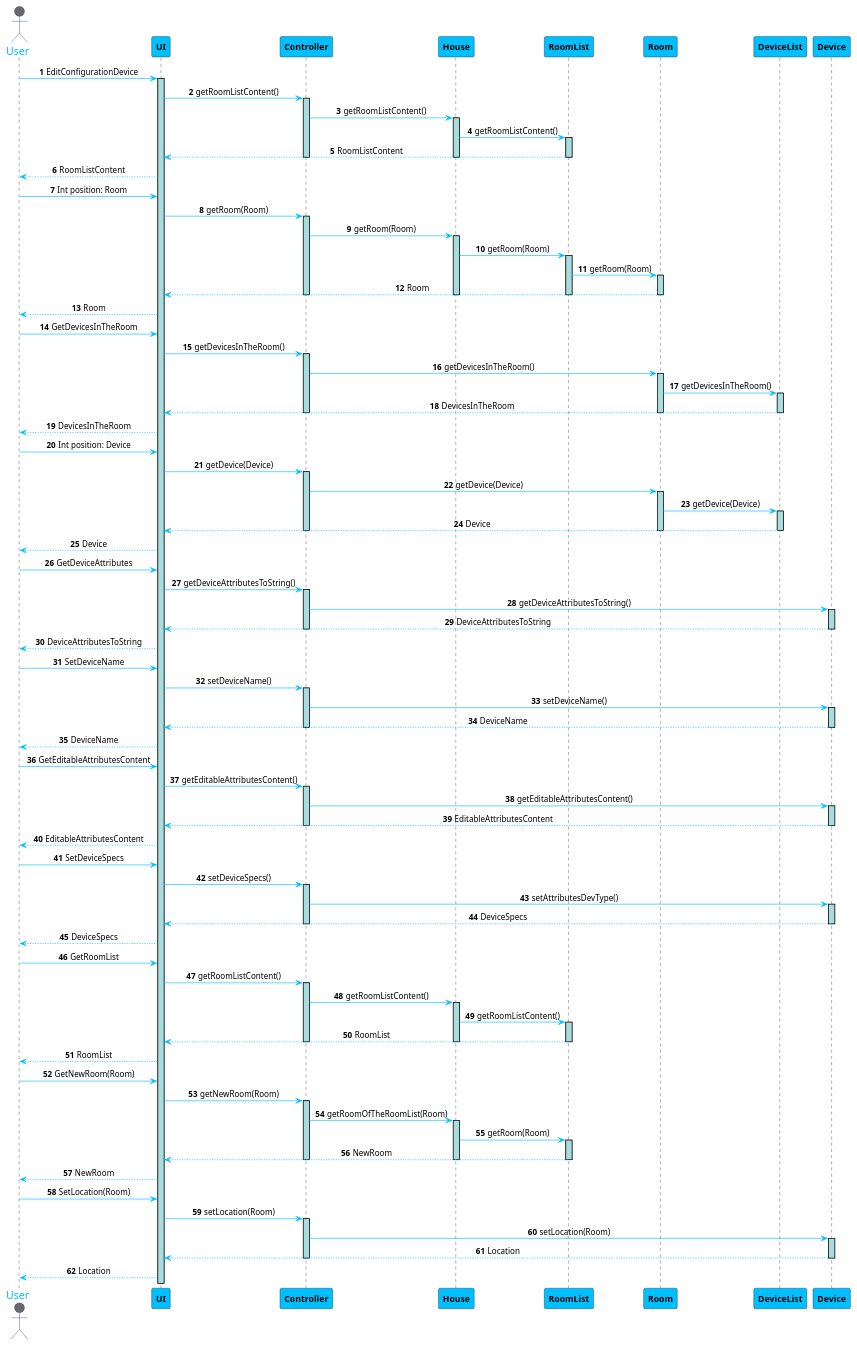
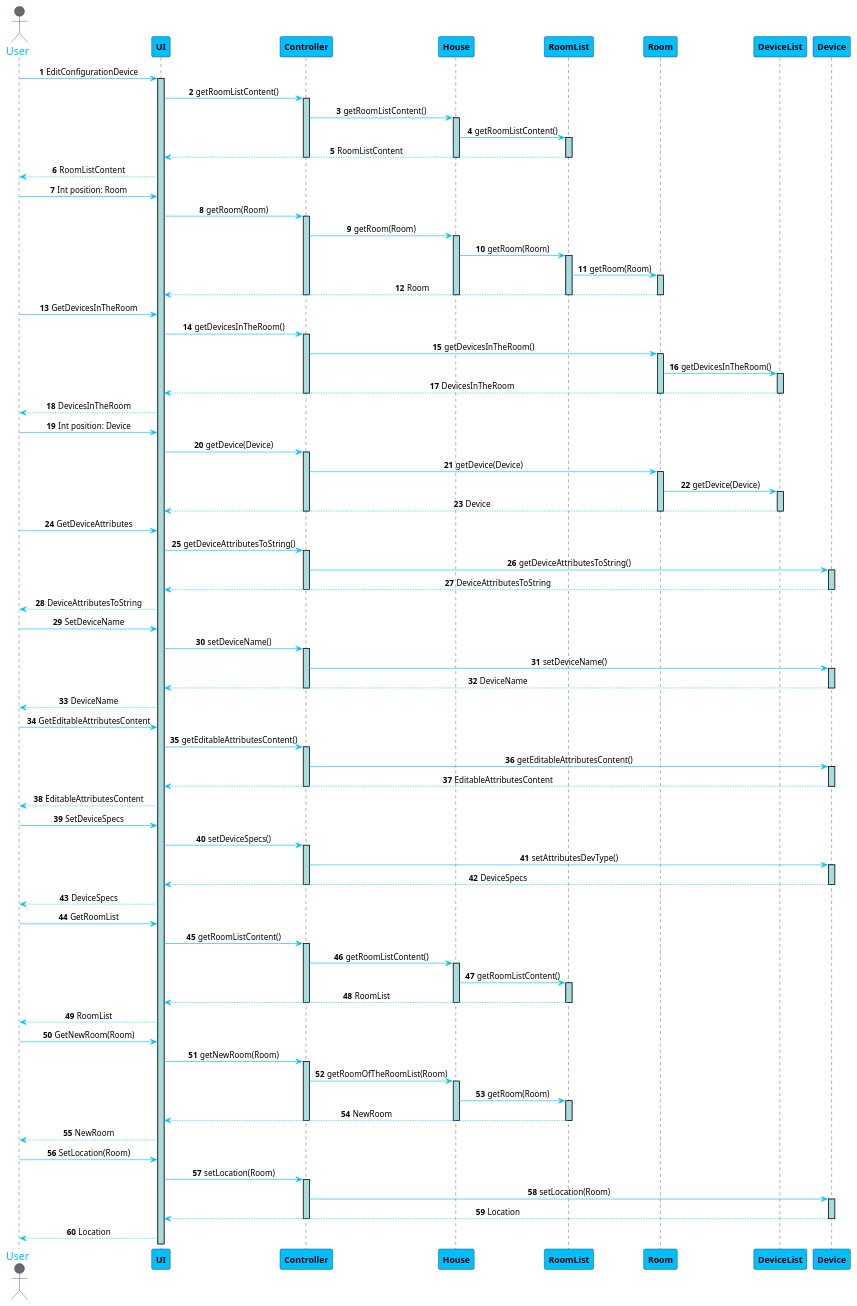
Before and after one commit to 1181687/hateoasToy: the diagram in src/Docs/Sprint2/EditConfigurationDevice.puml, drawn with PlantUML. The commit also changed 1 other file, not shown here.

Commit message:
Changes on sequence diagrams: EditConfigurationDevice and GetListOfSensorsRoom

```diff
--- a/src/Docs/Sprint2/EditConfigurationDevice.puml
+++ b/src/Docs/Sprint2/EditConfigurationDevice.puml
@@ -1,154 +1,152 @@
 @startuml
 skinparam sequenceMessageAlign center
 skinparam sequence {
 	ArrowColor DeepSkyBlue
 	ActorBorderColor DarkBlue
 	LifeLineBorderColor black
 	LifeLineBackgroundColor #A9DCDF
 
 	ParticipantBorderColor Black
 	ParticipantBackgroundColor DeepSkyBlue
 	ParticipantFontStyle Bold
 
 	ActorBackgroundColor DimGrey
 	ActorFontColor DeepSkyBlue
 	ActorFontSize 17
 	ActorFontName Aapex
 }
 
 autonumber
 actor User
 User -> UI: EditConfigurationDevice
 activate UI
 UI -> Controller: getRoomListContent()
 activate Controller
 Controller -> House: getRoomListContent()
 activate House
 House -> RoomList: getRoomListContent()
 activate RoomList
 UI <-- RoomList: RoomListContent
 deactivate RoomList
 deactivate House
 deactivate Controller
 User <-- UI: RoomListContent
 
 User -> UI: Int position: Room
 UI -> Controller: getRoom(Room)
 activate Controller
 Controller -> House: getRoom(Room)
 activate House
 House -> RoomList: getRoom(Room)
 activate RoomList
 RoomList -> Room: getRoom(Room)
 activate Room
 UI <-- Room: Room
 deactivate Room
 deactivate RoomList
 deactivate House
 deactivate Controller
-User <-- UI: Room
 
 User -> UI: GetDevicesInTheRoom
 UI -> Controller: getDevicesInTheRoom()
 activate Controller
 Controller -> Room: getDevicesInTheRoom()
 activate Room
 Room -> DeviceList: getDevicesInTheRoom()
 activate DeviceList
 UI <-- DeviceList: DevicesInTheRoom
 deactivate DeviceList
 deactivate Room
 deactivate Controller
 User <-- UI: DevicesInTheRoom
 
 User -> UI: Int position: Device
 UI -> Controller: getDevice(Device)
 activate Controller
 Controller -> Room: getDevice(Device)
 activate Room
 Room -> DeviceList: getDevice(Device)
 activate DeviceList
 UI <-- DeviceList: Device
 deactivate DeviceList
 deactivate Room
 deactivate Controller
-User <-- UI: Device
 
 User -> UI: GetDeviceAttributes
 UI -> Controller: getDeviceAttributesToString()
 activate Controller
 Controller -> Device: getDeviceAttributesToString()
 activate Device
 UI <-- Device: DeviceAttributesToString
 deactivate Device
 deactivate Controller
 User <-- UI: DeviceAttributesToString
 
 User -> UI: SetDeviceName
 UI -> Controller: setDeviceName()
 activate Controller
 Controller -> Device: setDeviceName()
 activate Device
 UI <-- Device: DeviceName
 deactivate Device
 deactivate Controller
 User <-- UI: DeviceName
 
 User -> UI: GetEditableAttributesContent
 UI -> Controller: getEditableAttributesContent()
 activate Controller
 Controller -> Device: getEditableAttributesContent()
 activate Device
 UI <-- Device: EditableAttributesContent
 deactivate Device
 deactivate Controller
 User <-- UI: EditableAttributesContent
 
 User -> UI: SetDeviceSpecs
 UI -> Controller: setDeviceSpecs()
 activate Controller
 Controller -> Device: setAttributesDevType()
 activate Device
 UI <-- Device: DeviceSpecs
 deactivate Device
 deactivate Controller
 User <-- UI: DeviceSpecs
 
 User -> UI: GetRoomList
 UI -> Controller: getRoomListContent()
 activate Controller
 Controller -> House: getRoomListContent()
 activate House
 House -> RoomList: getRoomListContent()
 activate RoomList
 UI <-- RoomList: RoomList
 deactivate RoomList
 deactivate House
 deactivate Controller
 User <-- UI: RoomList
 
 User -> UI: GetNewRoom(Room)
 UI -> Controller: getNewRoom(Room)
 activate Controller
 Controller -> House: getRoomOfTheRoomList(Room)
 activate House
 House -> RoomList: getRoom(Room)
 activate RoomList
 UI <-- RoomList: NewRoom
 deactivate RoomList
 deactivate House
 deactivate Controller
 User <-- UI: NewRoom
 
 User -> UI: SetLocation(Room)
 UI -> Controller: setLocation(Room)
 activate Controller
 Controller -> Device: setLocation(Room)
 activate Device
 UI <-- Device: Location
 deactivate Device
 deactivate House
 deactivate Controller
 User <-- UI: Location
 
 @enduml
```
